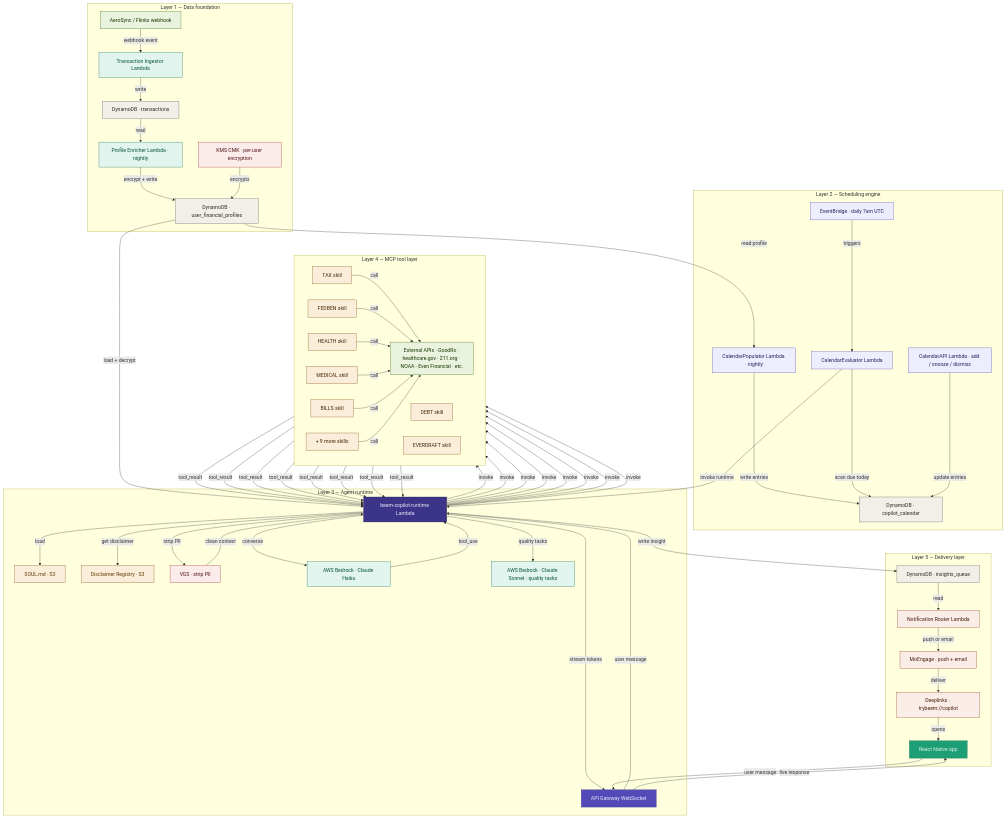
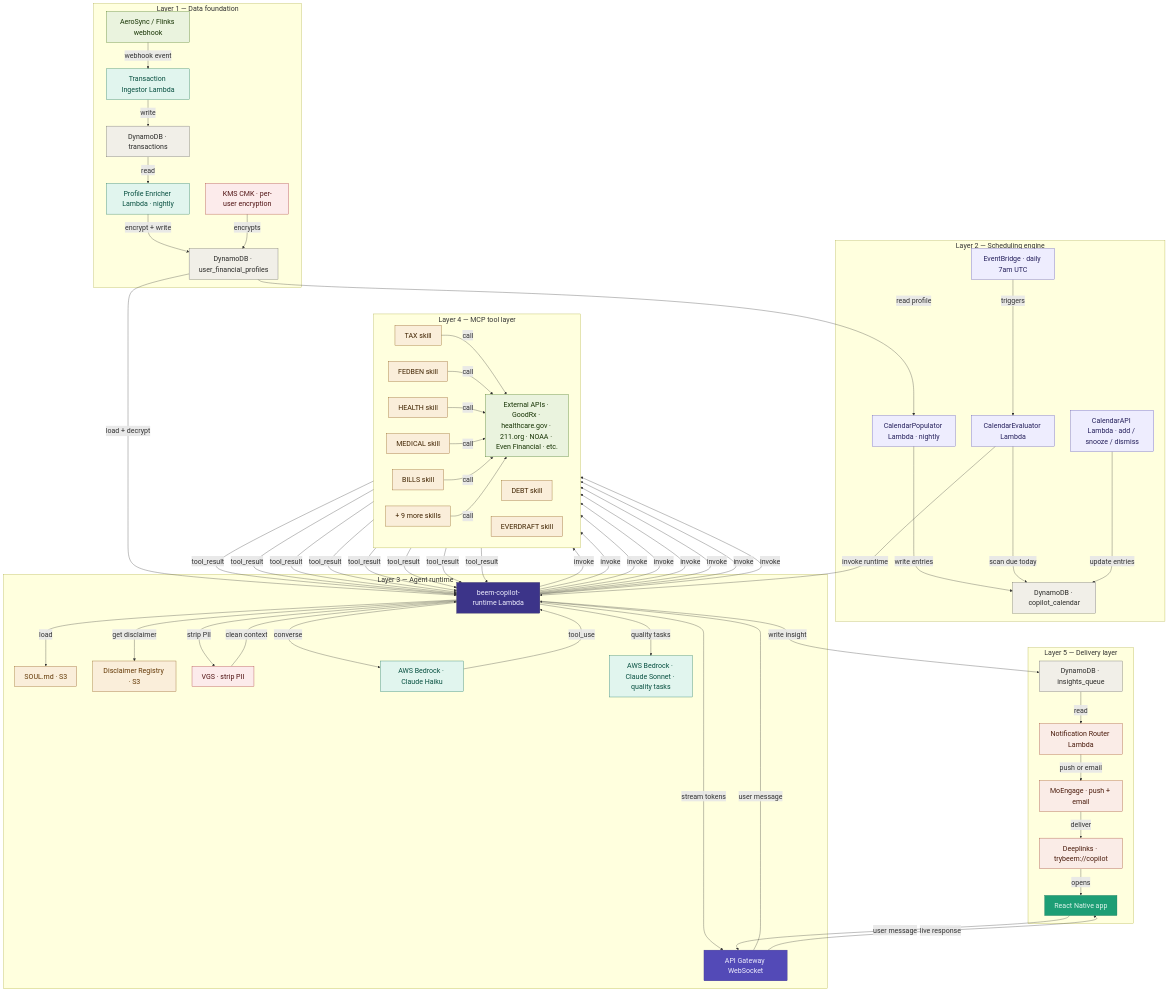
The diagram in f2.md (niteshkothari-beem/OpenClaw-System-Design-Diagrams), drawn with Mermaid before and after one commit.

````diff
--- a/f2.md
+++ b/f2.md
@@ -1,4 +1,9 @@
 ```mermaid
+%%{init: {'theme':'default', 'themeVariables': {
+    'fontSize': '22px',
+    'primaryTextColor': '#000',
+    'lineColor': '#333'
+}}}%%
 flowchart TD
 
     subgraph L1["Layer 1 — Data foundation"]
@@ -88,17 +93,17 @@
 
     RN -->|"user message"| WS
 
-    classDef input fill:#EAF3DE,stroke:#3B6D11,color:#173404
-    classDef l1 fill:#E1F5EE,stroke:#0F6E56,color:#085041
-    classDef l2 fill:#EEEDFE,stroke:#534AB7,color:#26215C
-    classDef l3 fill:#534AB7,stroke:#3C3489,color:#EEEDFE
-    classDef core fill:#3C3489,stroke:#26215C,color:#EEEDFE
-    classDef l4 fill:#FAEEDA,stroke:#854F0B,color:#412402
-    classDef l5 fill:#FAECE7,stroke:#993C1D,color:#4A1B0C
-    classDef db fill:#F1EFE8,stroke:#5F5E5A,color:#2C2C2A
-    classDef sec fill:#FCEBEB,stroke:#A32D2D,color:#501313
-    classDef llm fill:#E1F5EE,stroke:#0F6E56,color:#085041
-    classDef store fill:#FAEEDA,stroke:#854F0B,color:#633806
-    classDef api fill:#EAF3DE,stroke:#3B6D11,color:#173404
-    classDef output fill:#1D9E75,stroke:#0F6E56,color:#E1F5EE
+    classDef input fill:#EAF3DE,stroke:#3B6D11,color:#173404,font-size:22px
+    classDef l1 fill:#E1F5EE,stroke:#0F6E56,color:#085041,font-size:22px
+    classDef l2 fill:#EEEDFE,stroke:#534AB7,color:#26215C,font-size:22px
+    classDef l3 fill:#534AB7,stroke:#3C3489,color:#EEEDFE,font-size:22px
+    classDef core fill:#3C3489,stroke:#26215C,color:#EEEDFE,font-size:22px
+    classDef l4 fill:#FAEEDA,stroke:#854F0B,color:#412402,font-size:22px
+    classDef l5 fill:#FAECE7,stroke:#993C1D,color:#4A1B0C,font-size:22px
+    classDef db fill:#F1EFE8,stroke:#5F5E5A,color:#2C2C2A,font-size:22px
+    classDef sec fill:#FCEBEB,stroke:#A32D2D,color:#501313,font-size:22px
+    classDef llm fill:#E1F5EE,stroke:#0F6E56,color:#085041,font-size:22px
+    classDef store fill:#FAEEDA,stroke:#854F0B,color:#633806,font-size:22px
+    classDef api fill:#EAF3DE,stroke:#3B6D11,color:#173404,font-size:22px
+    classDef output fill:#1D9E75,stroke:#0F6E56,color:#E1F5EE,font-size:22px
 ```
````
